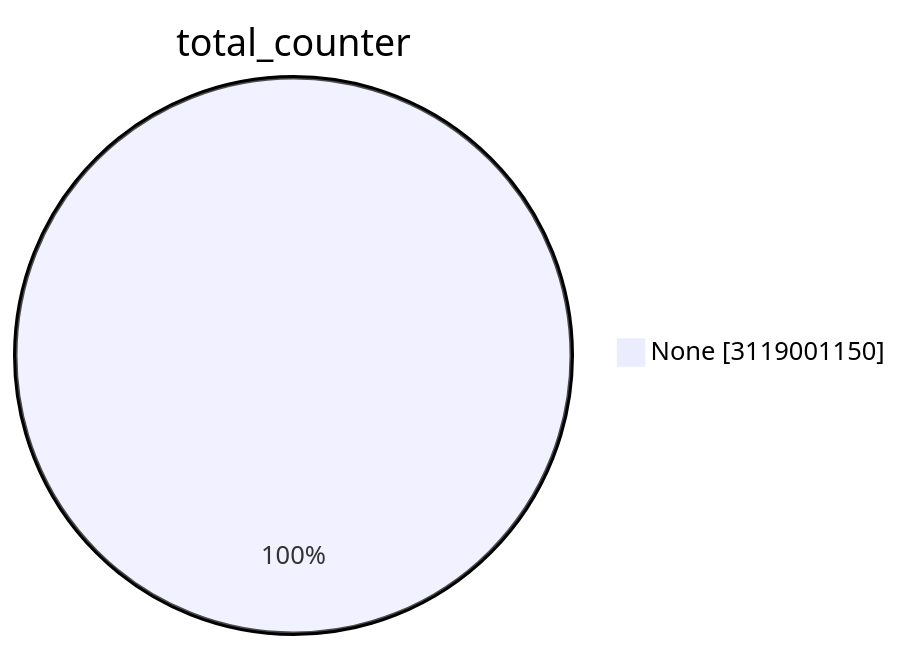
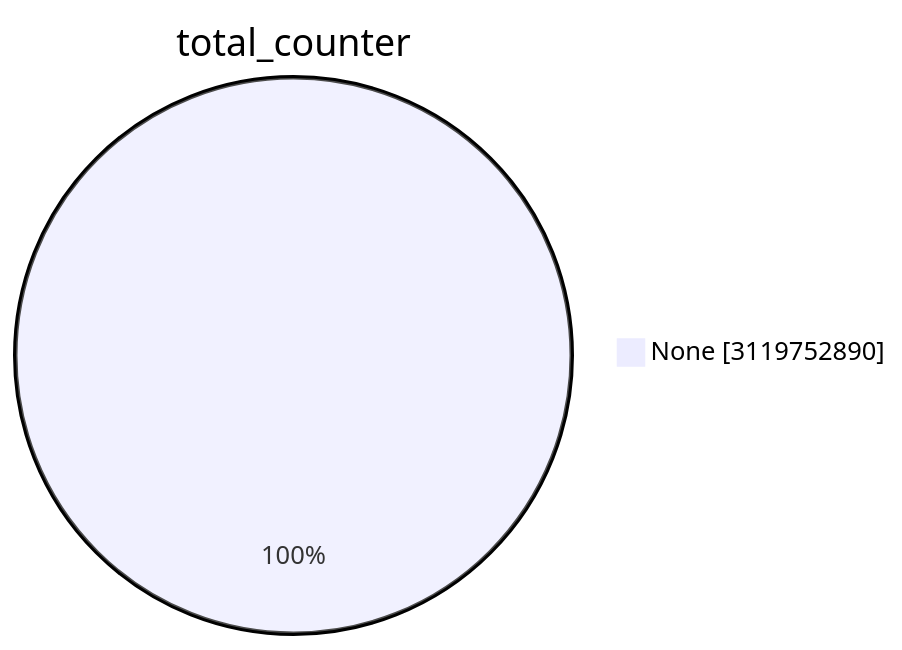
Before and after one commit to christiankrug/ctmonitor_visualization: the first of 15 diagrams in TOTAL/README.md, drawn with Mermaid. The commit also changed other lines of this file, not shown here.

````diff
--- a/TOTAL/README.md
+++ b/TOTAL/README.md
@@ -1,5 +1,5 @@
 ```mermaid
 pie showData
 title total_counter
-"None" :3119001150
+"None" :3119752890
 ```
````
